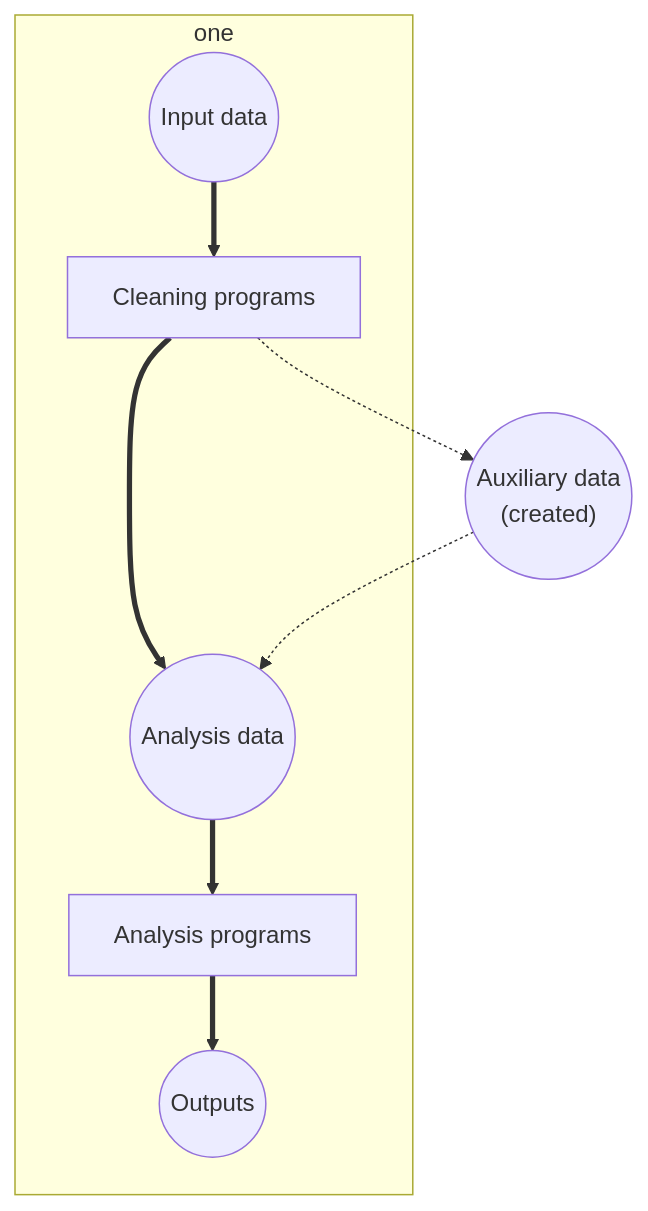
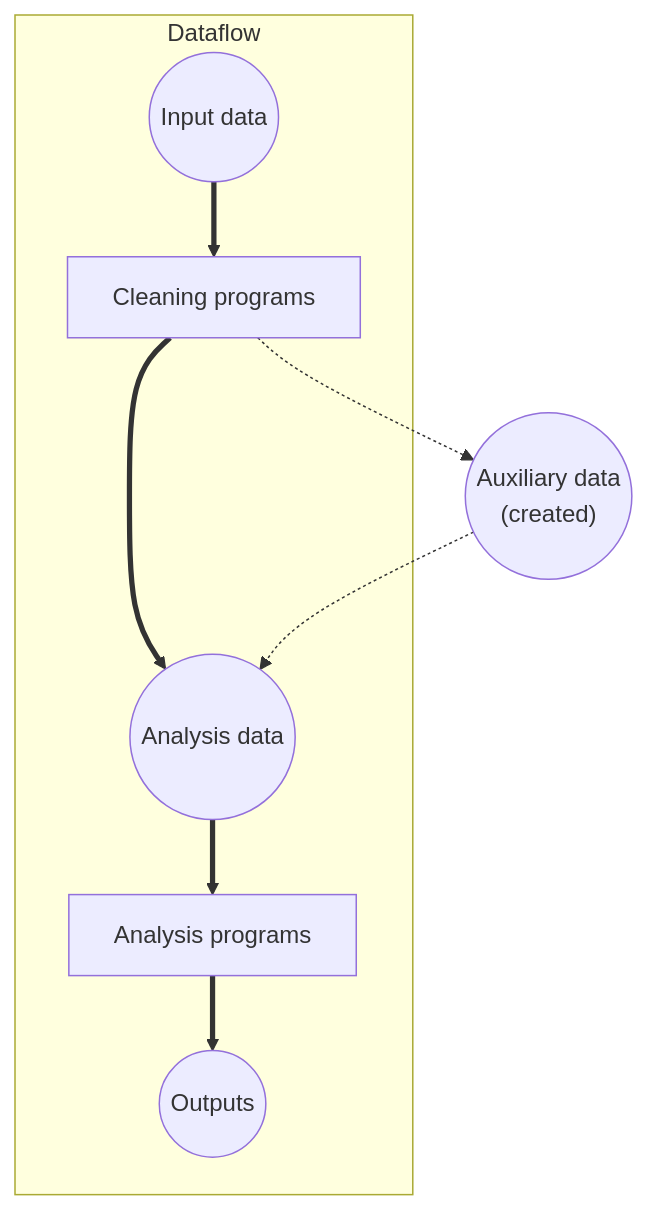
One commit to social-science-data-editors/guidance changed the diagram in Requested_information.md. Above: the diagram before and after it, drawn with Mermaid. The commit also changed other lines of this file, not shown here.

Commit message:
Prettier flowchart

```diff
--- a/Requested_information.md
+++ b/Requested_information.md
@@ -14,12 +14,12 @@
 <div class="mermaid">
 graph TD;
-    subgraph one;
+    subgraph Dataflow;
     A((Input data)) ==>  B[Cleaning programs];
     B ==> C((Analysis data));
     C ==> D[Analysis programs] 
     D ==> E((Outputs));
     end;
     B -.-> F(("Auxiliary data<br/>(created)"));
     F -.-> C;
     
 </div>
```
